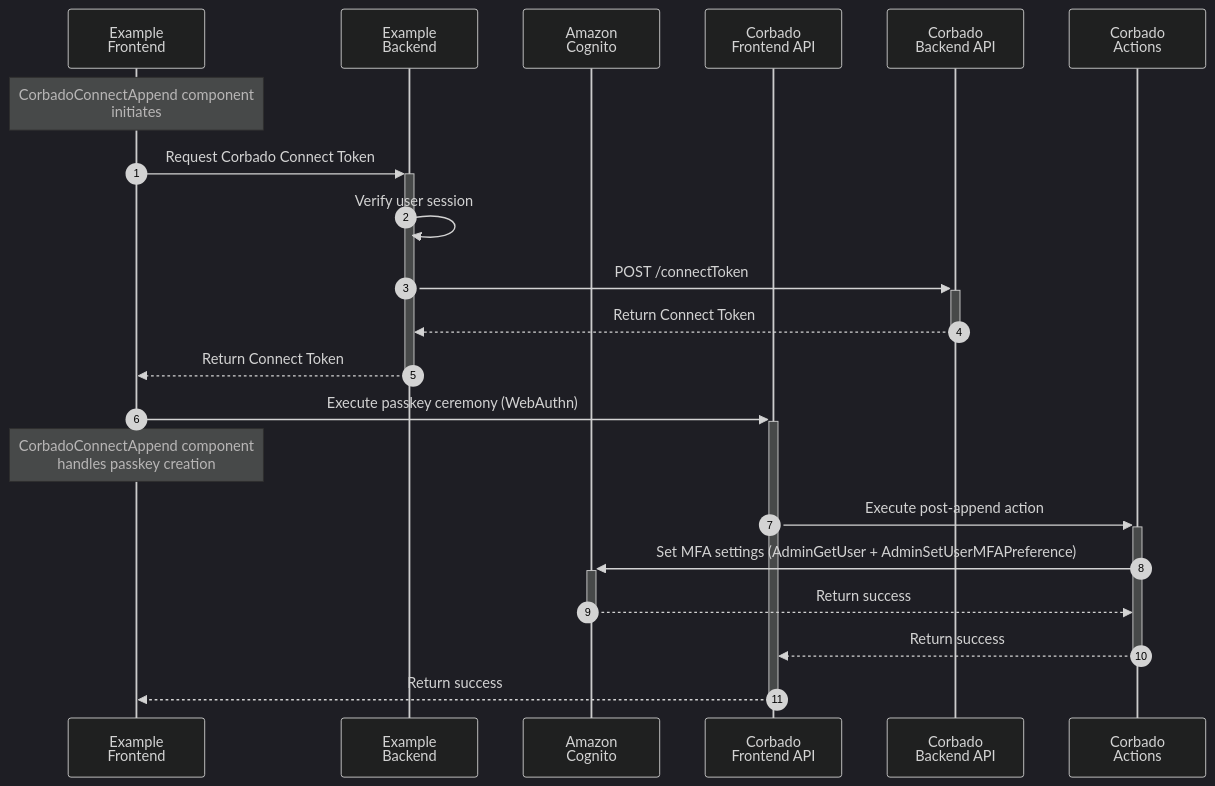
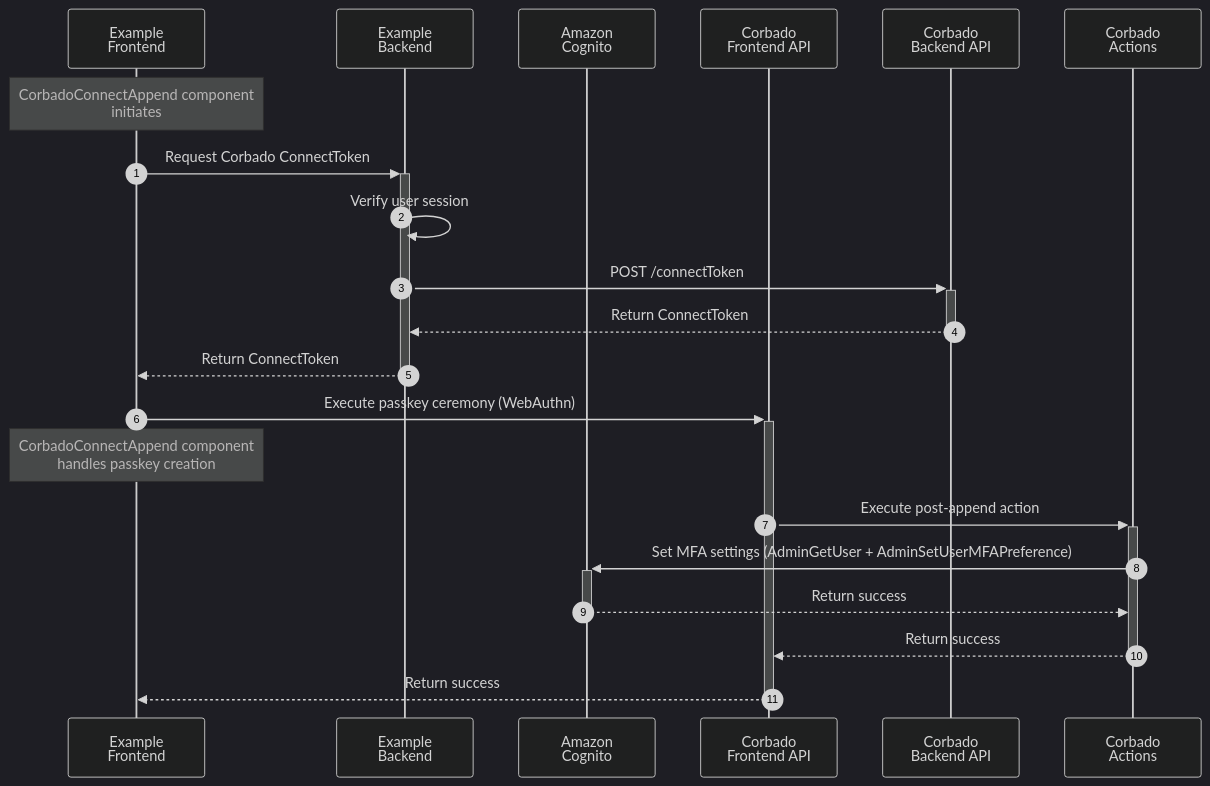
Before and after one commit to corbadotech/docs: the first of 3 diagrams in corbado-connect/integration/cognito.mdx, drawn with Mermaid (dark theme). The commit also changed other lines of this file and 3 other files, not shown here.

````diff
--- a/corbado-connect/integration/cognito.mdx
+++ b/corbado-connect/integration/cognito.mdx
@@ -50,25 +48,25 @@
 ```mermaid
 sequenceDiagram
     autonumber
     participant ExampleFrontend as Example<br />Frontend
     participant ExampleBackend as Example<br />Backend
     participant Cognito as Amazon<br />Cognito
     participant FAPI as Corbado<br />Frontend API
     participant BAPI as Corbado<br />Backend API
     participant Actions as Corbado<br />Actions
 
     Note over ExampleFrontend: CorbadoConnectAppend component<br />initiates
-    ExampleFrontend->>+ExampleBackend: Request Corbado Connect Token
+    ExampleFrontend->>+ExampleBackend: Request Corbado ConnectToken
     ExampleBackend->>ExampleBackend: Verify user session
     ExampleBackend->>+BAPI: POST /connectToken
-    BAPI-->>-ExampleBackend: Return Connect Token
-    ExampleBackend-->>-ExampleFrontend: Return Connect Token
+    BAPI-->>-ExampleBackend: Return ConnectToken
+    ExampleBackend-->>-ExampleFrontend: Return ConnectToken
 
     ExampleFrontend->>+FAPI: Execute passkey ceremony (WebAuthn)
     Note over ExampleFrontend: CorbadoConnectAppend component<br />handles passkey creation
     FAPI->>+Actions: Execute post-append action
     Actions->>+Cognito: Set MFA settings (AdminGetUser + AdminSetUserMFAPreference)
     Cognito-->>-Actions: Return success
     Actions-->>-FAPI: Return success
     FAPI-->>-ExampleFrontend: Return success
 ```
````
